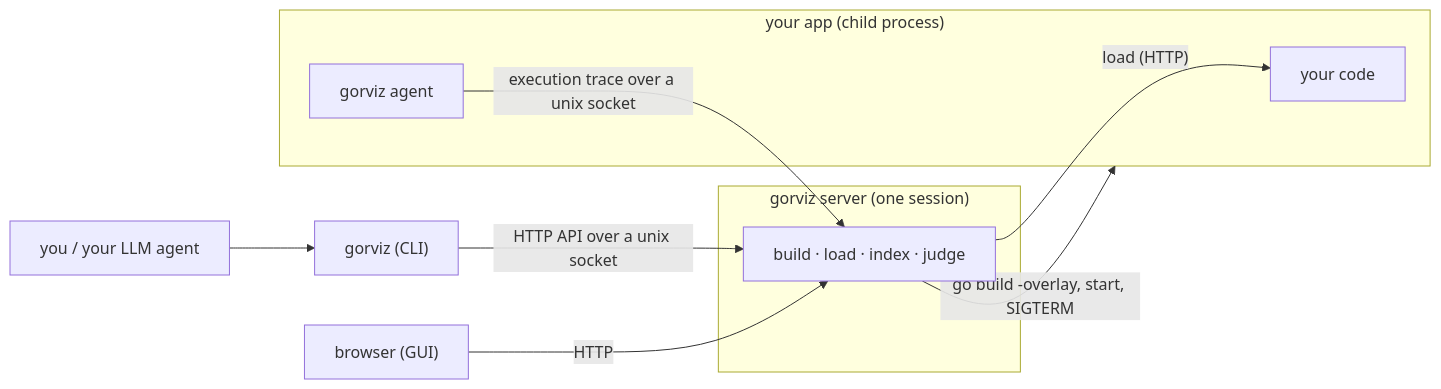
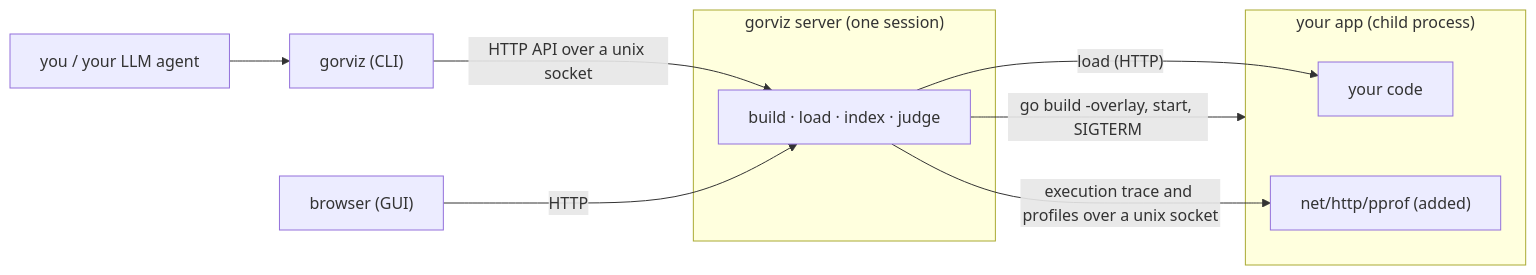
One commit to kakkky/gorviz changed the diagram in README.md. Above: the diagram before and after it, drawn with Mermaid. The commit also changed other lines of this file and 90 other files, not shown here.

````diff
--- a/README.md
+++ b/README.md
@@ -58,20 +57,20 @@
 ```mermaid
 flowchart LR
     you["you / your LLM agent"]
     cli["gorviz (CLI)"]
     subgraph daemon["gorviz server (one session)"]
         server["build · load · index · judge"]
     end
     subgraph app["your app (child process)"]
         code["your code"]
-        agent["gorviz agent"]
+        pprof["net/http/pprof (added)"]
     end
     browser["browser (GUI)"]
 
     you --> cli
     cli -->|"HTTP API over a unix socket"| server
     server -->|"go build -overlay, start, SIGTERM"| app
     server -->|"load (HTTP)"| code
-    agent -->|"execution trace over a unix socket"| server
+    server -->|"execution trace and profiles over a unix socket"| pprof
     browser -->|"HTTP"| server
 ```
````
